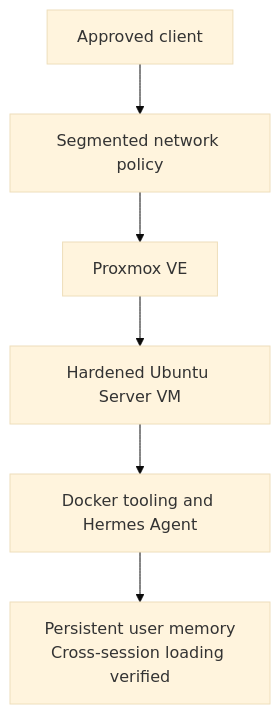
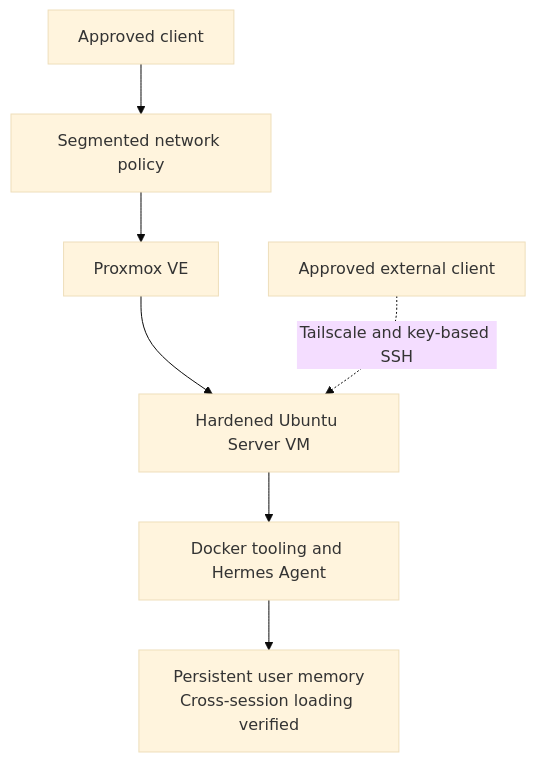
The diagram in docs/hermes-agent-deployment.md (DeadPol8789/homelab), drawn with Mermaid (base theme) before and after one commit. The commit also changed other lines of this file and 9 other files, not shown here.

First line of the commit message:
Document tested Tailscale remote access (#8)

````diff
--- a/docs/hermes-agent-deployment.md
+++ b/docs/hermes-agent-deployment.md
@@ -38,8 +40,9 @@
 ```mermaid
 flowchart TD
     CLIENT["Approved client"] --> FW["Segmented network policy"]
     FW --> PVE["Proxmox VE"]
     PVE --> VM["Hardened Ubuntu Server VM"]
     VM --> PLATFORM["Docker tooling and Hermes Agent"]
     PLATFORM --> MEMORY["Persistent user memory<br/>Cross-session loading verified"]
+    REMOTE["Approved external client"] -. "Tailscale and key-based SSH" .-> VM
 ```
````
